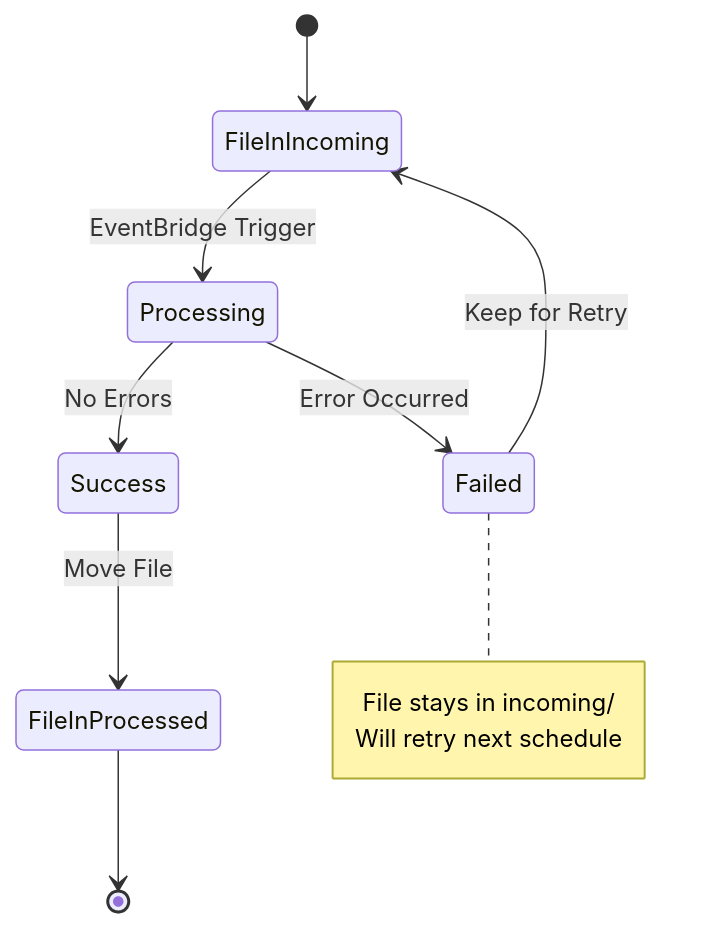
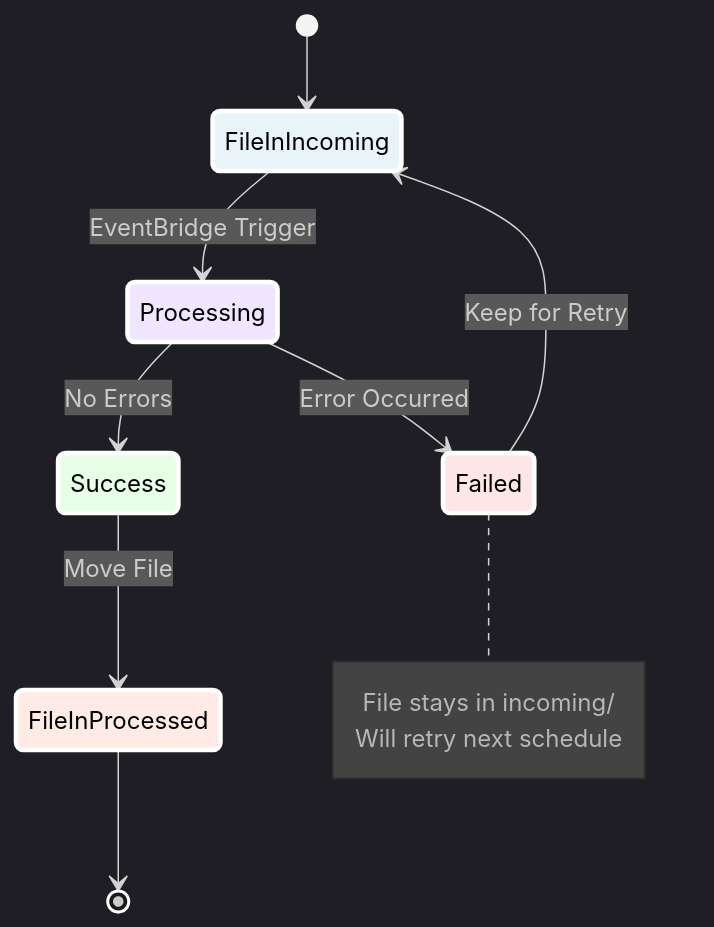
One commit to GMartin-Data/e1-certification changed the sixth of 7 diagrams in docs/architecture/etl-workflow.md. Above: the diagram before and after it, drawn with Mermaid. The commit also changed other lines of this file, not shown here.

Commit message:
docs: improve graphs readability in etl-workflow.md

````diff
--- a/docs/architecture/etl-workflow.md
+++ b/docs/architecture/etl-workflow.md
@@ -198,15 +311,40 @@
 ```mermaid
+%%{init: {
+  'theme': 'dark',
+  'themeVariables': {
+    'primaryColor': '#1a1a1a',
+    'primaryTextColor': '#ffffff',
+    'primaryBorderColor': '#ffffff',
+    'background': '#000000',
+    'mainBkg': '#1a1a1a',
+    'lineColor': '#ffffff'
+  }
+}}%%
+
 stateDiagram-v2
     [*] --> FileInIncoming
     FileInIncoming --> Processing: EventBridge Trigger
     Processing --> Success: No Errors
     Processing --> Failed: Error Occurred
     Success --> FileInProcessed: Move File
     Failed --> FileInIncoming: Keep for Retry
     FileInProcessed --> [*]
 
     note right of Failed
         File stays in incoming/
         Will retry next schedule
     end note
+
+    %% Coherent pastel colors for optimal readability
+    classDef fileState fill:#E8F4F8,stroke:#ffffff,stroke-width:3px,color:#000
+    classDef processState fill:#F0E6FF,stroke:#ffffff,stroke-width:3px,color:#000
+    classDef successState fill:#E6FFE6,stroke:#ffffff,stroke-width:3px,color:#000
+    classDef failedState fill:#FFE6E6,stroke:#ffffff,stroke-width:3px,color:#000
+    classDef finalState fill:#FFEBE6,stroke:#ffffff,stroke-width:3px,color:#000
+
+    class FileInIncoming fileState
+    class Processing processState
+    class Success successState
+    class Failed failedState
+    class FileInProcessed finalState
 ```
````
